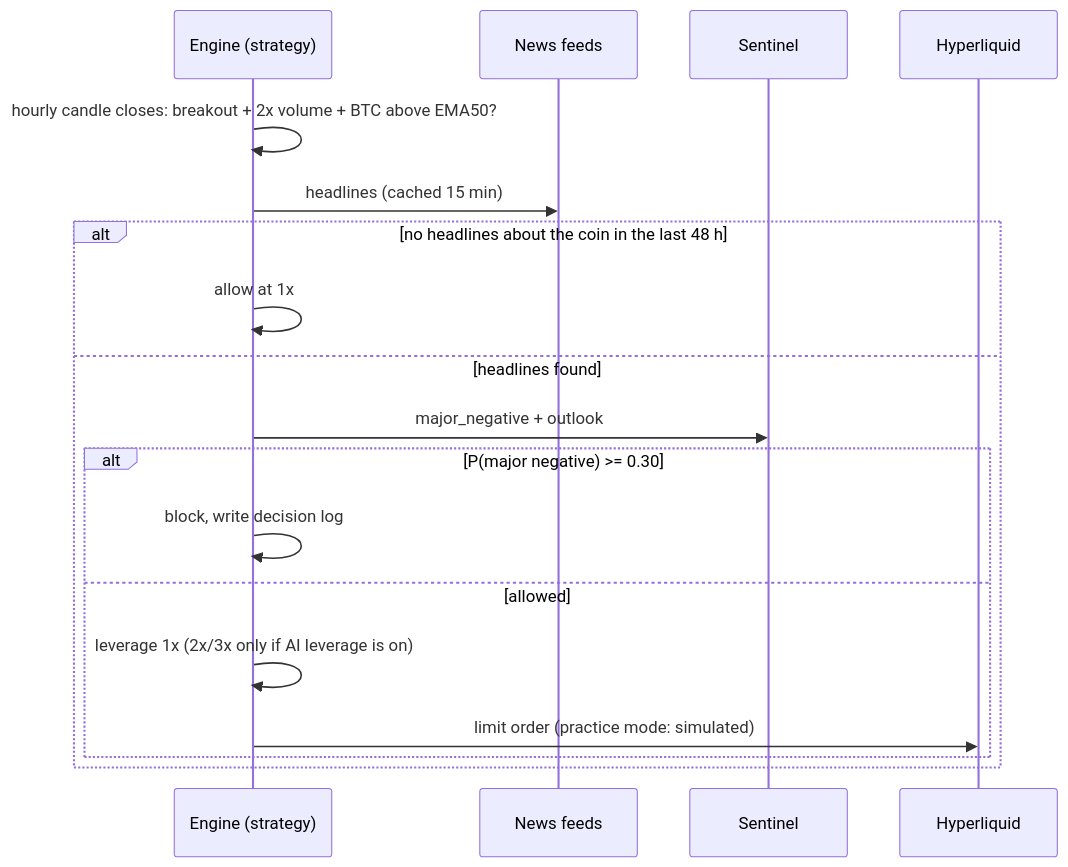
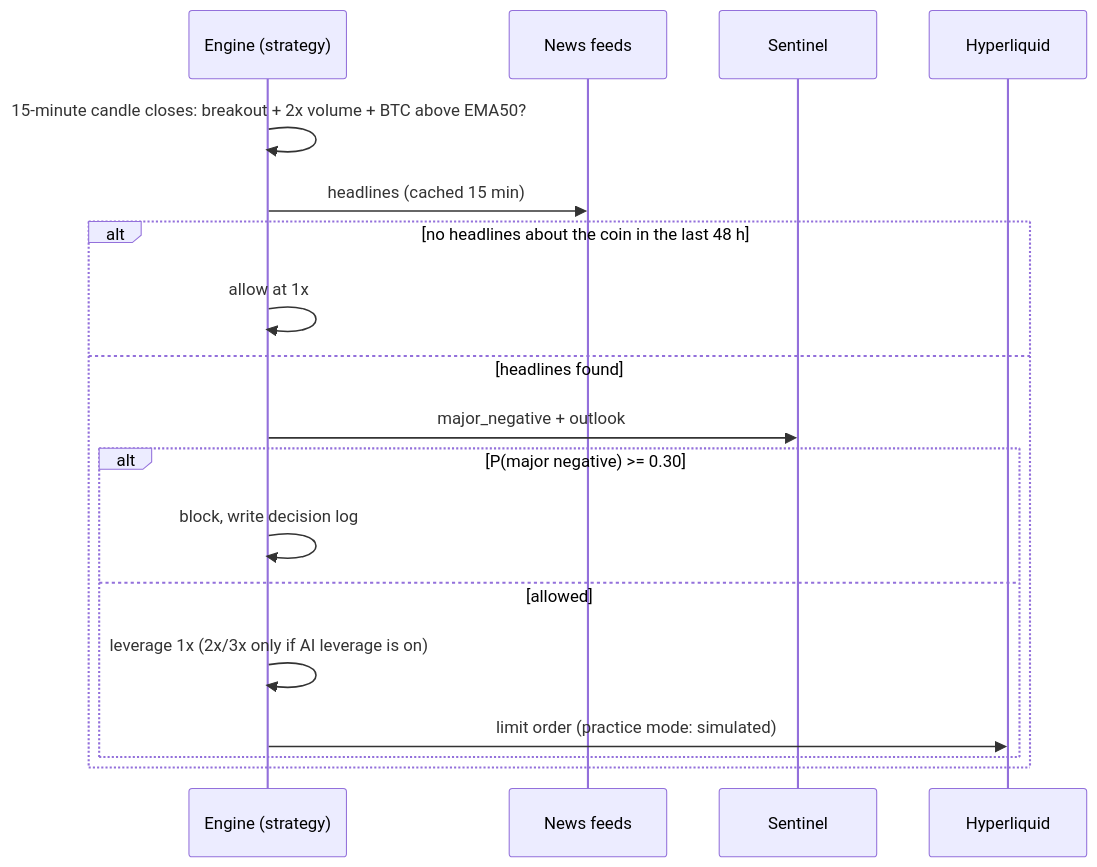
One commit to NovaeonStudio/novaeon-trading-ai changed the third of 4 diagrams in docs/ARCHITECTURE.md. Above: the diagram before and after it, drawn with Mermaid. The commit also changed 6 other files, not shown here.

Commit message:
NovaeonTradingAI 1.2.0: 15-minute candles, take-profit on half, chart right-click menu; README and docs updated

````diff
--- a/docs/ARCHITECTURE.md
+++ b/docs/ARCHITECTURE.md
@@ -147,20 +147,20 @@
 ```mermaid
 sequenceDiagram
     participant E as Engine (strategy)
     participant N as News feeds
     participant S as Sentinel
     participant H as Hyperliquid
-    E->>E: hourly candle closes: breakout + 2x volume + BTC above EMA50?
+    E->>E: 15-minute candle closes: breakout + 2x volume + BTC above EMA50?
     E->>N: headlines (cached 15 min)
     alt no headlines about the coin in the last 48 h
         E->>E: allow at 1x
     else headlines found
         E->>S: major_negative + outlook
         alt P(major negative) >= 0.30
             E->>E: block, write decision log
         else allowed
             E->>E: leverage 1x (2x/3x only if AI leverage is on)
             E->>H: limit order (practice mode: simulated)
         end
     end
 ```
````
